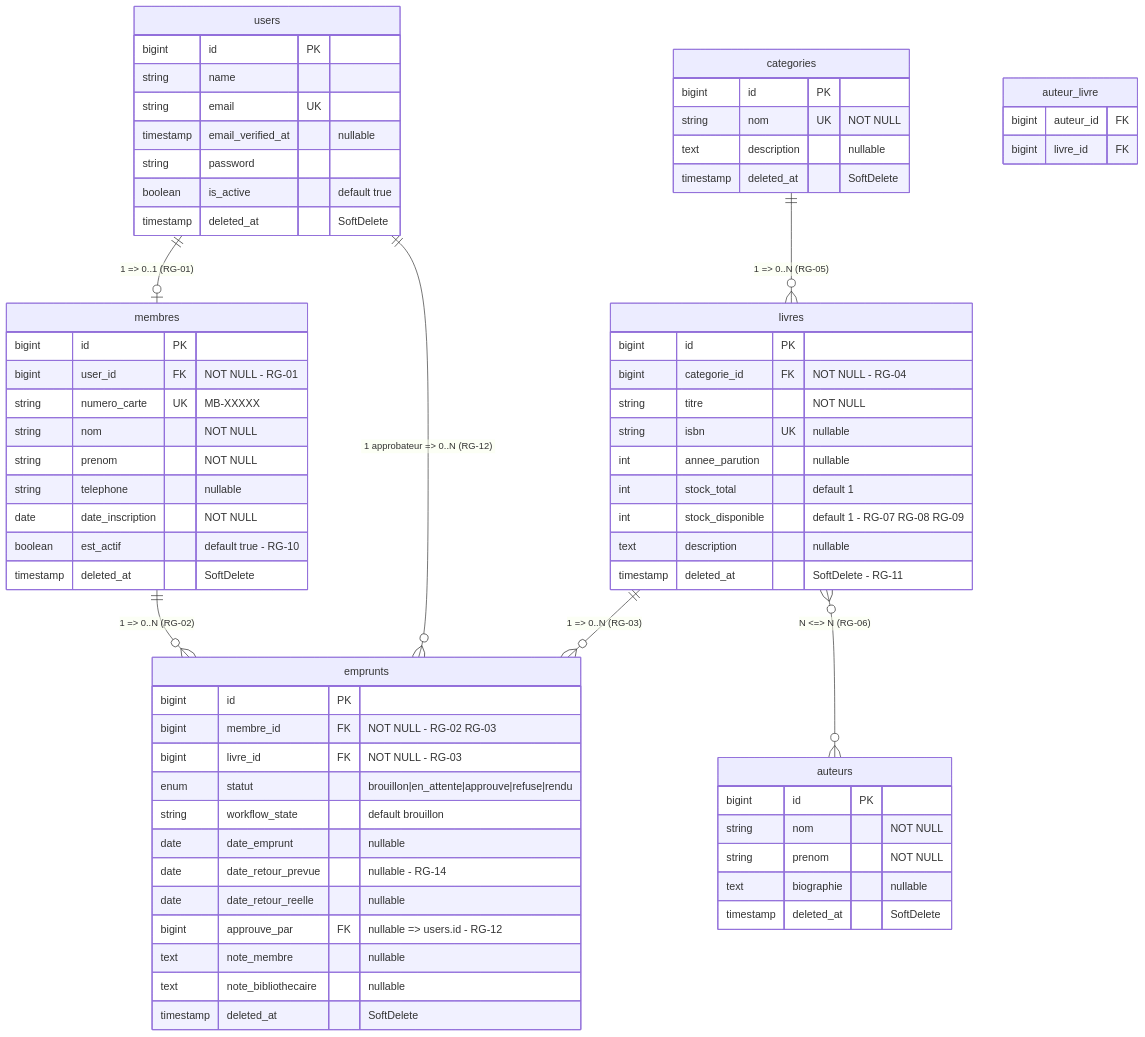
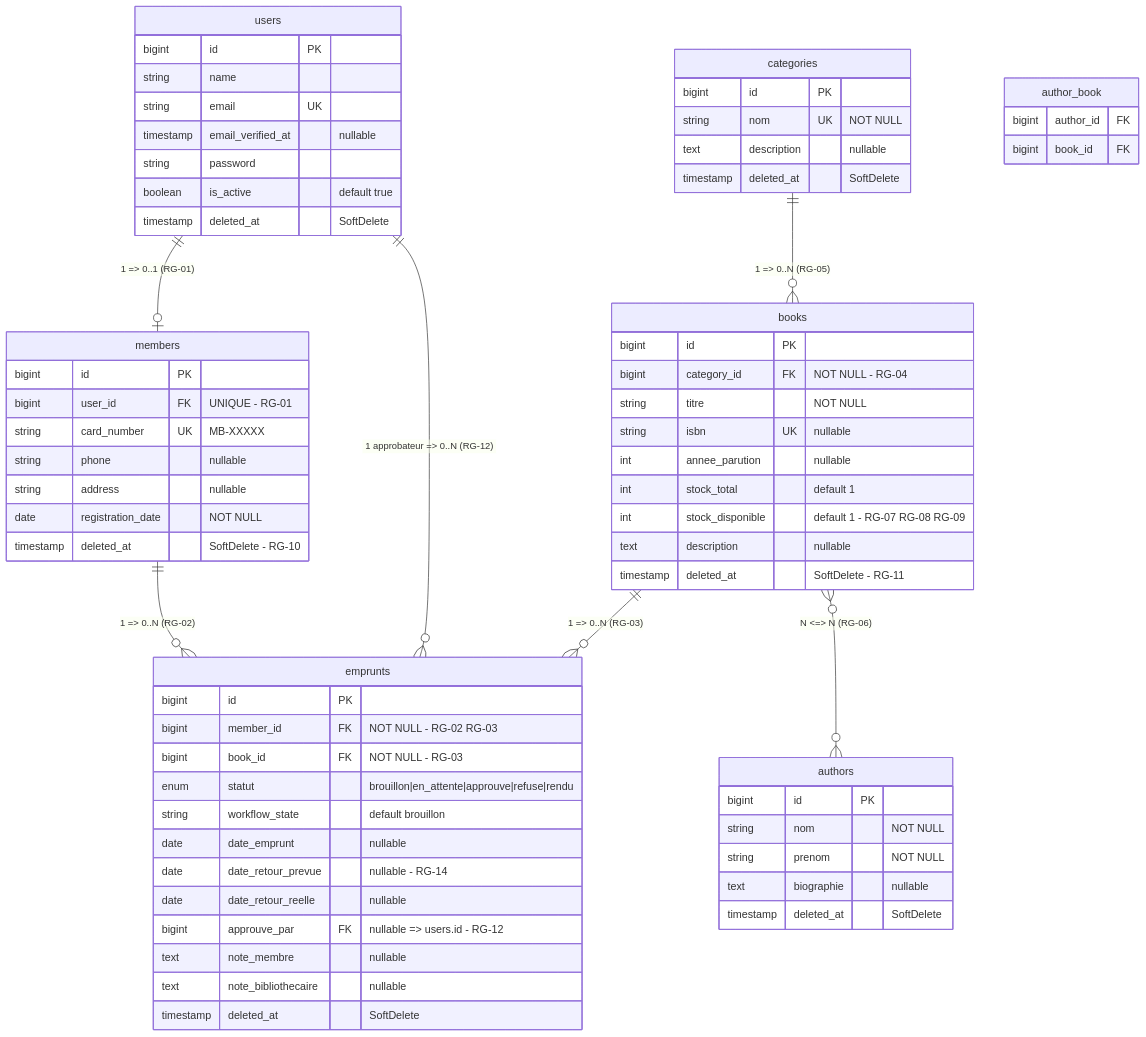
The diagram in README.md (fernand-kamdem/mini-biblio), drawn with Mermaid before and after one commit. The commit also changed other lines of this file and 38 other files, not shown here.

````diff
--- a/README.md
+++ b/README.md
@@ -247,79 +273,77 @@
 ```mermaid
 erDiagram
 
-    users ||--o| membres : "1 => 0..1 (RG-01)"
-    membres ||--o{ emprunts : "1 => 0..N (RG-02)"
-    livres ||--o{ emprunts : "1 => 0..N (RG-03)"
-    categories ||--o{ livres : "1 => 0..N (RG-05)"
-    livres }o--o{ auteurs : "N <=> N (RG-06)"
+    users ||--o| members : "1 => 0..1 (RG-01)"
+    members ||--o{ emprunts : "1 => 0..N (RG-02)"
+    books ||--o{ emprunts : "1 => 0..N (RG-03)"
+    categories ||--o{ books : "1 => 0..N (RG-05)"
+    books }o--o{ authors : "N <=> N (RG-06)"
     users ||--o{ emprunts : "1 approbateur => 0..N (RG-12)"
 
     users {
         bigint id PK
         string name
         string email UK
         timestamp email_verified_at "nullable"
         string password
         boolean is_active "default true"
         timestamp deleted_at "SoftDelete"
     }
 
-    membres {
+    members {
         bigint id PK
-        bigint user_id FK "NOT NULL - RG-01"
-        string numero_carte UK "MB-XXXXX"
-        string nom "NOT NULL"
-        string prenom "NOT NULL"
-        string telephone "nullable"
-        date date_inscription "NOT NULL"
-        boolean est_actif "default true - RG-10"
-        timestamp deleted_at "SoftDelete"
+        bigint user_id FK "UNIQUE - RG-01"
+        string card_number UK "MB-XXXXX"
+        string phone "nullable"
+        string address "nullable"
+        date registration_date "NOT NULL"
+        timestamp deleted_at "SoftDelete - RG-10"
     }
 
     categories {
         bigint id PK
         string nom UK "NOT NULL"
         text description "nullable"
         timestamp deleted_at "SoftDelete"
     }
 
-    auteurs {
+    authors {
         bigint id PK
         string nom "NOT NULL"
         string prenom "NOT NULL"
         text biographie "nullable"
         timestamp deleted_at "SoftDelete"
     }
 
-    livres {
+    books {
         bigint id PK
-        bigint categorie_id FK "NOT NULL - RG-04"
+        bigint category_id FK "NOT NULL - RG-04"
         string titre "NOT NULL"
         string isbn UK "nullable"
         int annee_parution "nullable"
         int stock_total "default 1"
         int stock_disponible "default 1 - RG-07 RG-08 RG-09"
         text description "nullable"
         timestamp deleted_at "SoftDelete - RG-11"
     }
 
-    auteur_livre {
-        bigint auteur_id FK
-        bigint livre_id FK
+    author_book {
+        bigint author_id FK
+        bigint book_id FK
     }
 
     emprunts {
         bigint id PK
-        bigint membre_id FK "NOT NULL - RG-02 RG-03"
-        bigint livre_id FK "NOT NULL - RG-03"
+        bigint member_id FK "NOT NULL - RG-02 RG-03"
+        bigint book_id FK "NOT NULL - RG-03"
         enum statut "brouillon|en_attente|approuve|refuse|rendu"
         string workflow_state "default brouillon"
         date date_emprunt "nullable"
         date date_retour_prevue "nullable - RG-14"
         date date_retour_reelle "nullable"
         bigint approuve_par FK "nullable => users.id - RG-12"
         text note_membre "nullable"
         text note_bibliothecaire "nullable"
         timestamp deleted_at "SoftDelete"
     }
 ```
````
